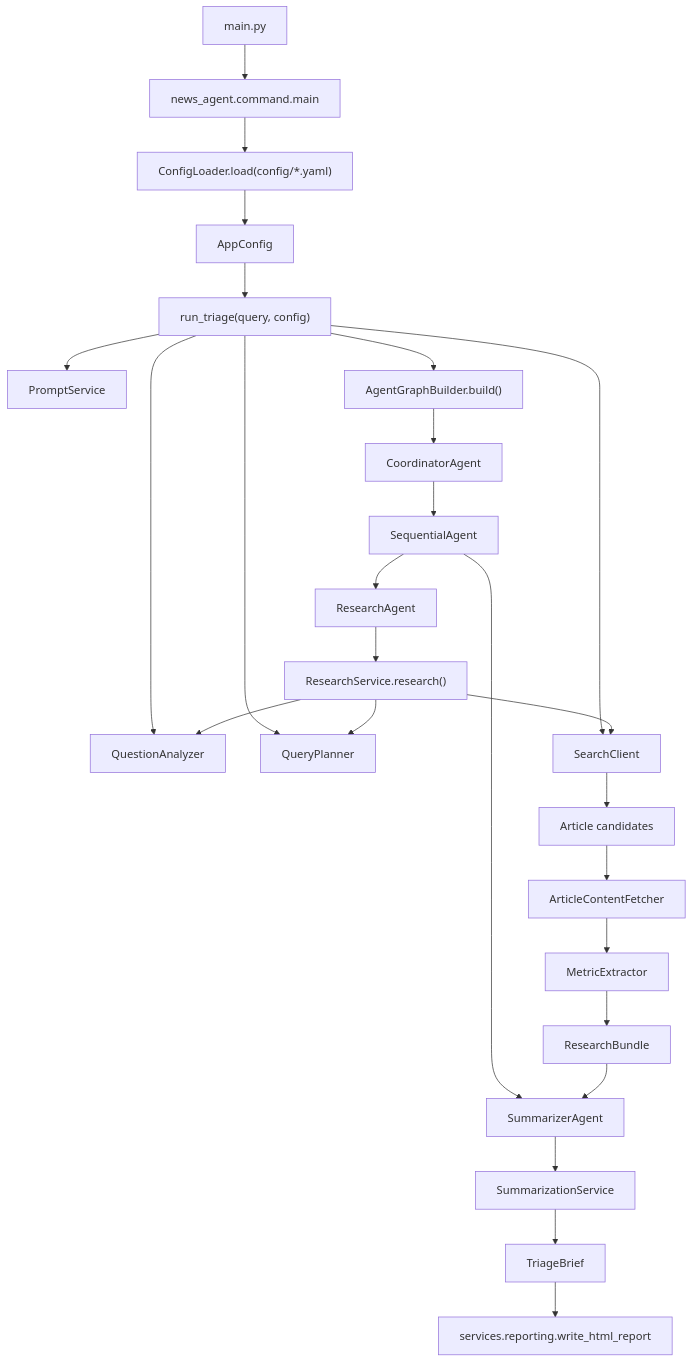
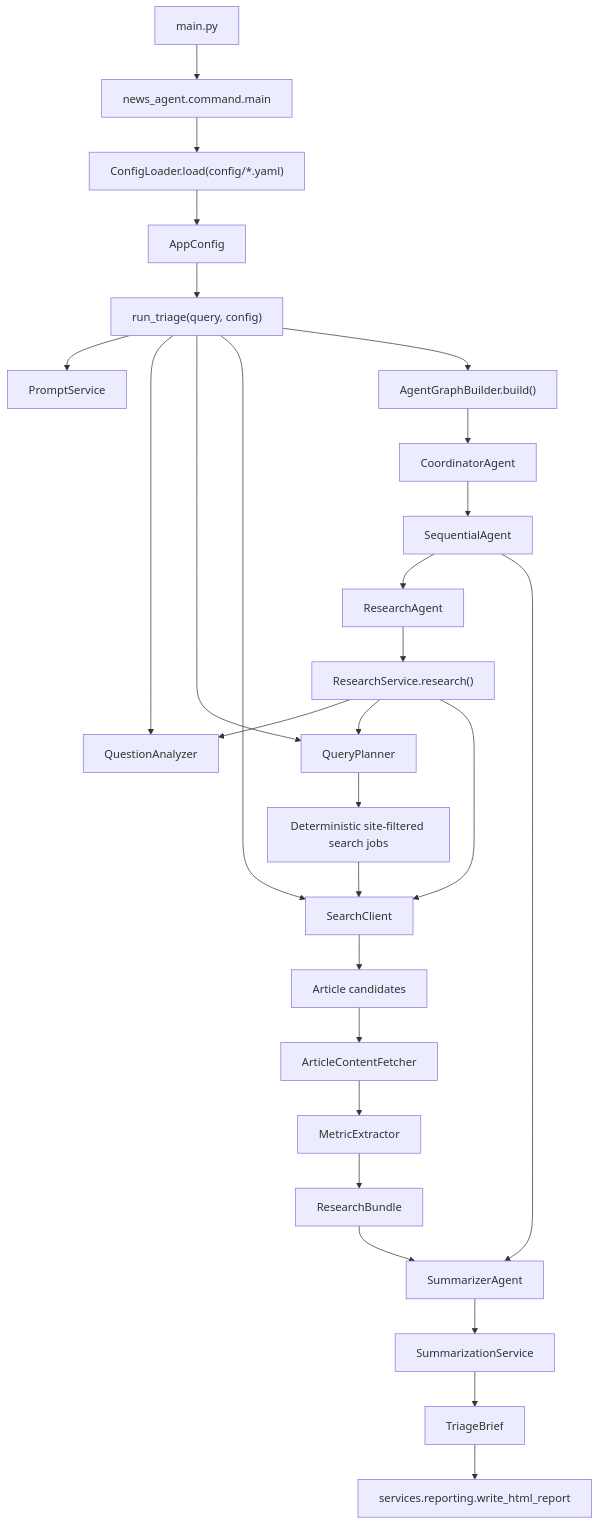
The first of 5 diagrams in docs/ARCHITECTURE.md (mouak-ayoub/news_agent), drawn with Mermaid before and after one commit. The commit also changed other lines of this file and 16 other files, not shown here.

````diff
--- a/docs/ARCHITECTURE.md
+++ b/docs/ARCHITECTURE.md
@@ -7,28 +7,30 @@
 ```mermaid
 flowchart TD
     A["main.py"] --> B["news_agent.command.main"]
     B --> C["ConfigLoader.load(config/*.yaml)"]
     C --> D["AppConfig"]
     D --> E["run_triage(query, config)"]
     E --> P["PromptService"]
     E --> Q["QuestionAnalyzer"]
     E --> R["QueryPlanner"]
     E --> S["SearchClient"]
     E --> F["AgentGraphBuilder.build()"]
     F --> G["CoordinatorAgent"]
     G --> H["SequentialAgent"]
     H --> I["ResearchAgent"]
     H --> J["SummarizerAgent"]
     I --> K["ResearchService.research()"]
     K --> Q
     K --> R
     K --> S
     S --> AF["Article candidates"]
+    R --> WSJ["Deterministic site-filtered search jobs"]
+    WSJ --> S
     AF --> AC["ArticleContentFetcher"]
     AC --> ME["MetricExtractor"]
     ME --> RB["ResearchBundle"]
     RB --> J
     J --> SS["SummarizationService"]
     SS --> TB["TriageBrief"]
     TB --> HR["services.reporting.write_html_report"]
 ```
````
